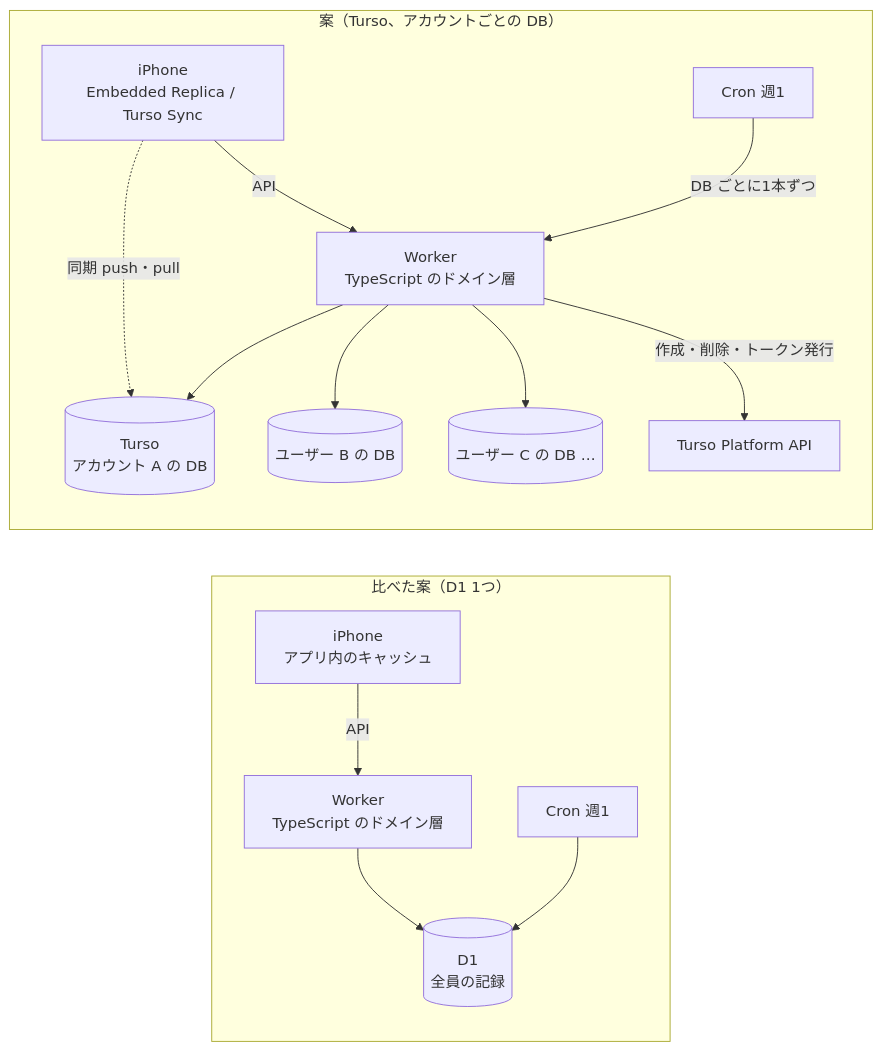
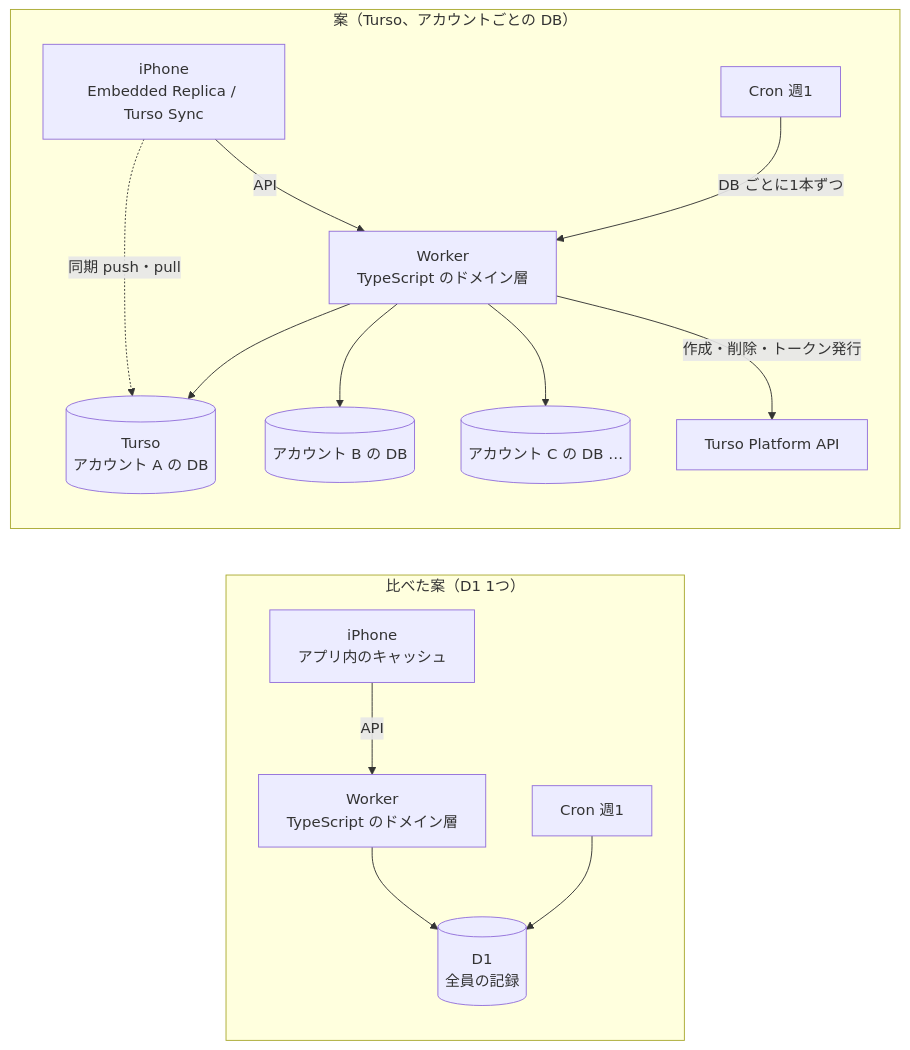
The first of 7 diagrams in docs/research/turso.md (gn-t-k/nu-tori), drawn with Mermaid before and after one commit. The commit also changed other lines of this file and 9 other files, not shown here.

````diff
--- a/docs/research/turso.md
+++ b/docs/research/turso.md
@@ -52,17 +52,17 @@
 ```mermaid
 flowchart LR
   subgraph Now["比べた案（D1 1つ）"]
     A1[iPhone<br/>アプリ内のキャッシュ] -->|API| W1[Worker<br/>TypeScript のドメイン層]
     W1 --> D1[(D1<br/>全員の記録)]
     C1[Cron 週1] --> D1
   end
   subgraph Plan["案（Turso、アカウントごとの DB）"]
     A2[iPhone<br/>Embedded Replica / Turso Sync] -.->|同期 push・pull| T2[(Turso<br/>アカウント A の DB)]
     A2 -->|API| W2[Worker<br/>TypeScript のドメイン層]
     W2 --> T2
-    W2 --> T3[(ユーザー B の DB)]
-    W2 --> T4[(ユーザー C の DB …)]
+    W2 --> T3[(アカウント B の DB)]
+    W2 --> T4[(アカウント C の DB …)]
     C2[Cron 週1] -->|DB ごとに1本ずつ| W2
     W2 -->|作成・削除・トークン発行| P[Turso Platform API]
   end
 ```
````
